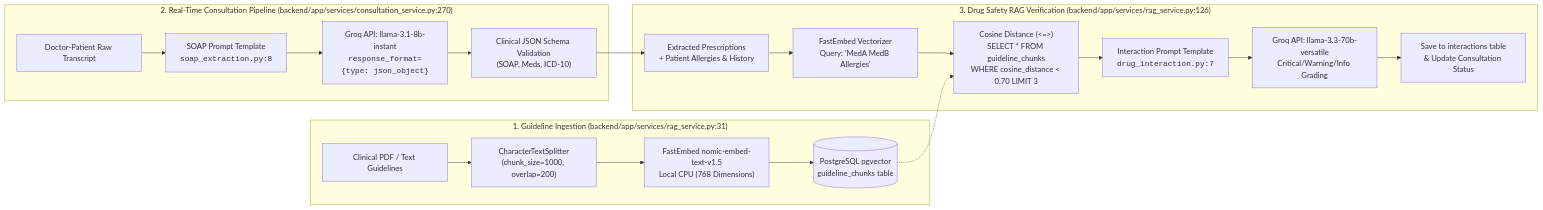
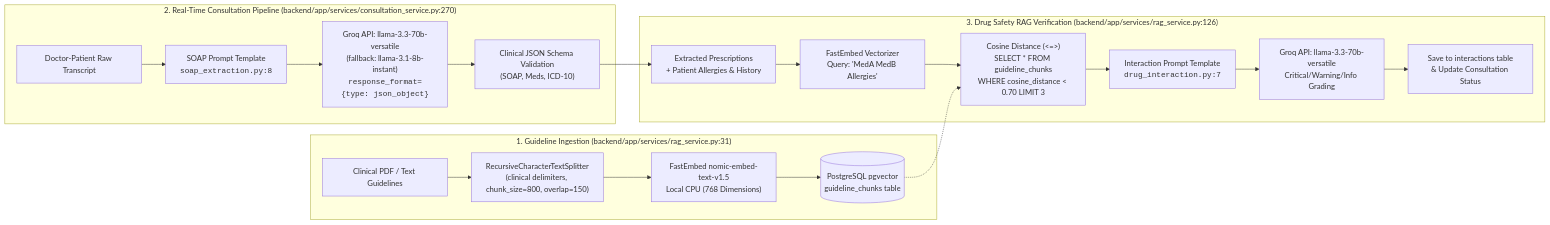
Before and after one commit to MayankV004/clearnote: the fifth of 7 diagrams in docs/ARCHITECTURE.md, drawn with Mermaid. The commit also changed other lines of this file and 3 other files, not shown here.

Commit message:
docs: finalize Phase 2 AI safety report and sync architecture specifications

````diff
--- a/docs/ARCHITECTURE.md
+++ b/docs/ARCHITECTURE.md
@@ -311,24 +314,24 @@
 ```mermaid
 flowchart LR
     subgraph Ingestion ["1. Guideline Ingestion (backend/app/services/rag_service.py:31)"]
-        DOC["Clinical PDF / Text Guidelines"] --> CHUNKER["CharacterTextSplitter<br/>(chunk_size=1000, overlap=200)"]
+        DOC["Clinical PDF / Text Guidelines"] --> CHUNKER["RecursiveCharacterTextSplitter<br/>(clinical delimiters, chunk_size=800, overlap=150)"]
         CHUNKER --> EMBED["FastEmbed nomic-embed-text-v1.5<br/>Local CPU (768 Dimensions)"]
         EMBED --> PGV[("PostgreSQL pgvector<br/>guideline_chunks table")]
     end
 
     subgraph ConsultationRun ["2. Real-Time Consultation Pipeline (backend/app/services/consultation_service.py:270)"]
         TRANSCRIPT["Doctor-Patient Raw Transcript"] --> PROMPT_SOAP["SOAP Prompt Template<br/><code>soap_extraction.py:8</code>"]
-        PROMPT_SOAP --> GROQ_SOAP["Groq API: llama-3.1-8b-instant<br/><code>response_format={type: json_object}</code>"]
+        PROMPT_SOAP --> GROQ_SOAP["Groq API: llama-3.3-70b-versatile<br/>(fallback: llama-3.1-8b-instant)<br/><code>response_format={type: json_object}</code>"]
         GROQ_SOAP --> PARSER["Clinical JSON Schema Validation<br/>(SOAP, Meds, ICD-10)"]
     end
 
     subgraph Verification ["3. Drug Safety RAG Verification (backend/app/services/rag_service.py:126)"]
         PARSER --> EXTRACT_MEDS["Extracted Prescriptions<br/>+ Patient Allergies & History"]
         EXTRACT_MEDS --> EMBED_QUERY["FastEmbed Vectorizer<br/>Query: 'MedA MedB Allergies'"]
         EMBED_QUERY --> COSINE_SEARCH["Cosine Distance (<=>)<br/>SELECT * FROM guideline_chunks<br/>WHERE cosine_distance < 0.70 LIMIT 3"]
         PGV -.-> COSINE_SEARCH
         COSINE_SEARCH --> PROMPT_INT["Interaction Prompt Template<br/><code>drug_interaction.py:7</code>"]
         PROMPT_INT --> GROQ_INT["Groq API: llama-3.3-70b-versatile<br/>Critical/Warning/Info Grading"]
         GROQ_INT --> PERSIST["Save to interactions table<br/>& Update Consultation Status"]
     end
 ```
````
